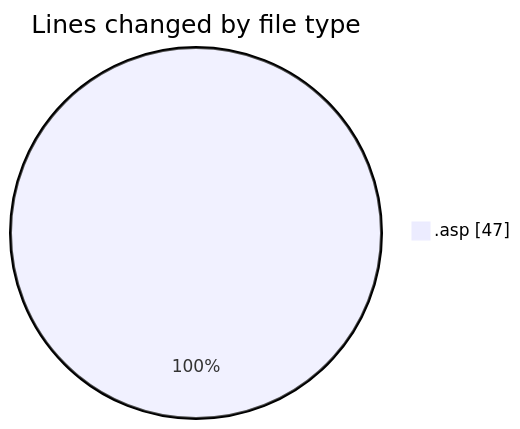
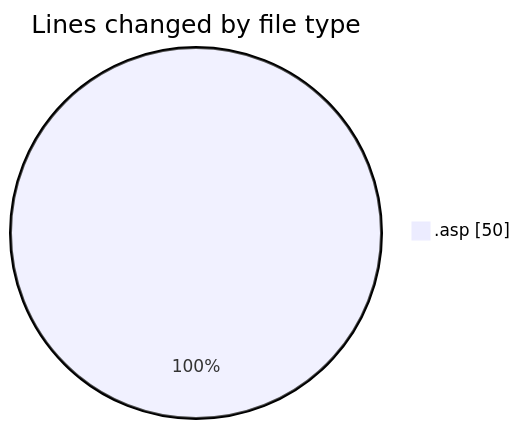
One commit to julien-gomy/code-tracking changed the first of 2 diagrams in 2025-11-01/cdp_aleoudev_fr__workspace_/README.md. Above: the diagram before and after it, drawn with Mermaid. The commit also changed other lines of this file and 1 other file, not shown here.

````diff
--- a/2025-11-01/cdp_aleoudev_fr__workspace_/README.md
+++ b/2025-11-01/cdp_aleoudev_fr__workspace_/README.md
@@ -23,5 +23,5 @@
 ```mermaid
 pie showData
 title Lines changed by file type
-".asp" : 47
+".asp" : 50
 ```
````
